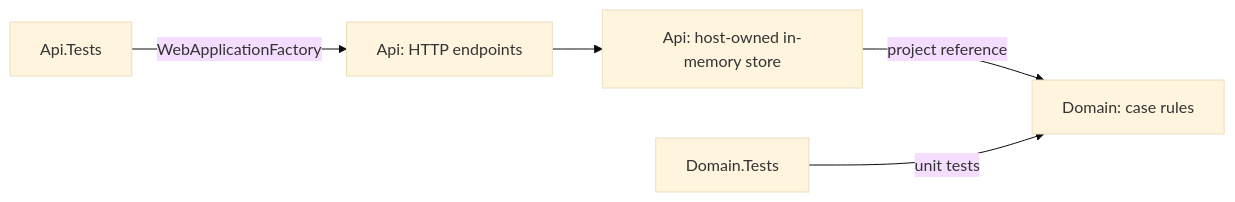
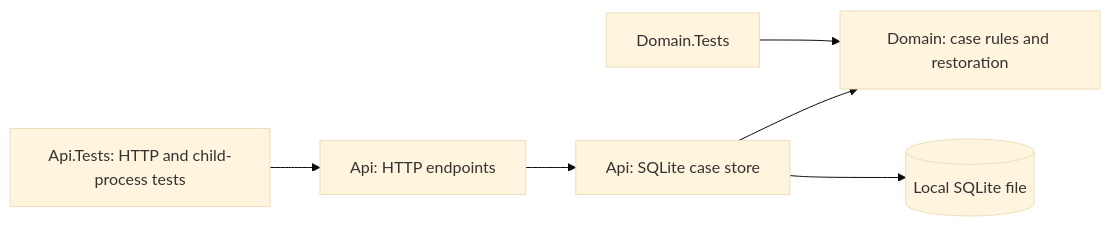
One commit to shivamchopra/enterprise-case-intelligence changed the first of 2 diagrams in docs/architecture/overview.md. Above: the diagram before and after it, drawn with Mermaid (base theme). The commit also changed other lines of this file and 30 other files, not shown here.

Commit message:
feat: persist local cases with SQLite and recovery checks

````diff
--- a/docs/architecture/overview.md
+++ b/docs/architecture/overview.md
@@ -17,7 +11,8 @@
 ```mermaid
 flowchart LR
-    ApiTests[Api.Tests] -->|WebApplicationFactory| Api[Api: HTTP endpoints]
-    Api --> Store[Api: host-owned in-memory store]
-    Store -->|project reference| Domain[Domain: case rules]
-    DomainTests[Domain.Tests] -->|unit tests| Domain
+    ApiTests[Api.Tests: HTTP and child-process tests] --> Api[Api: HTTP endpoints]
+    Api --> Store[Api: SQLite case store]
+    Store --> Domain[Domain: case rules and restoration]
+    Store --> Database[(Local SQLite file)]
+    DomainTests[Domain.Tests] --> Domain
 ```
````
